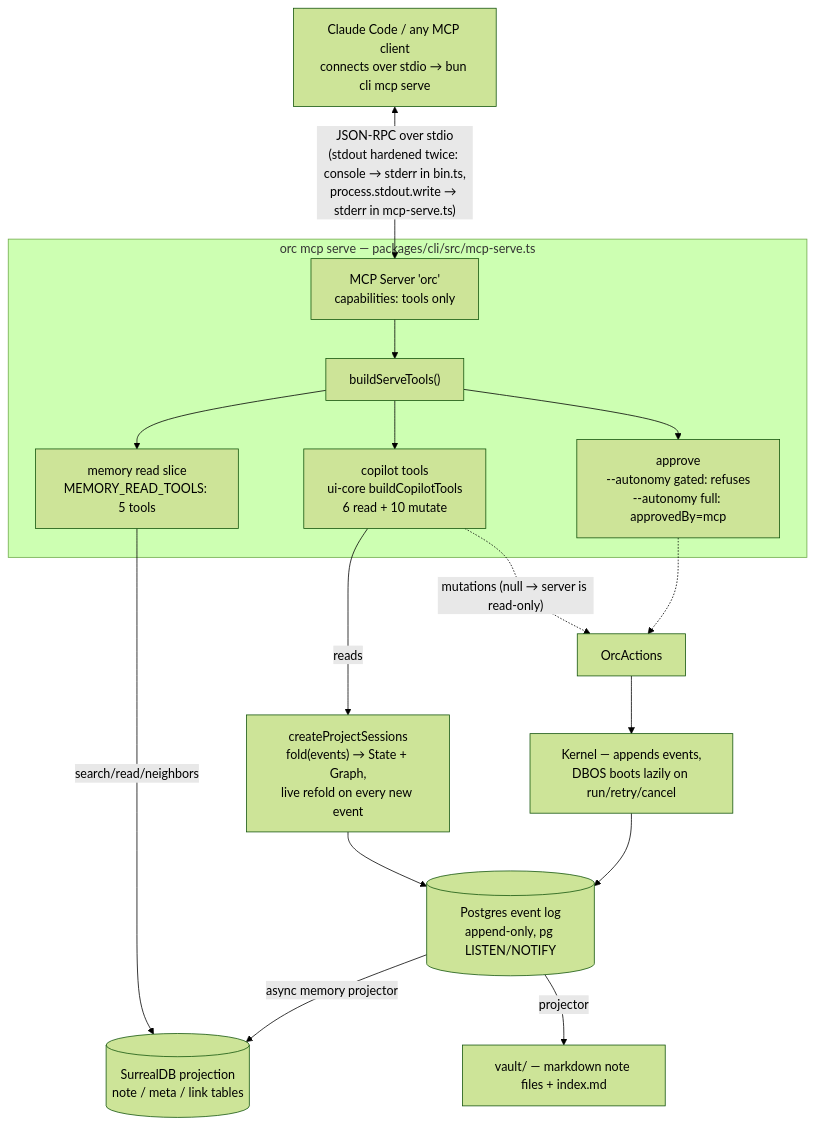
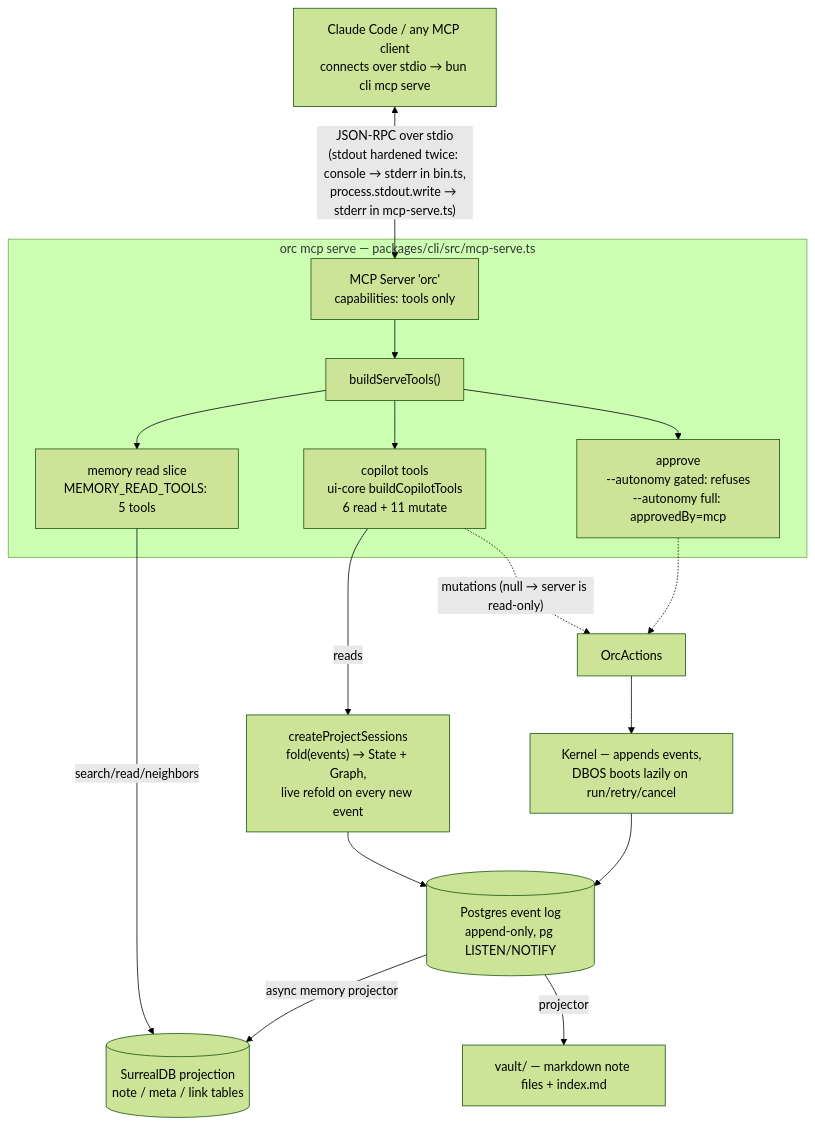
The first of 2 diagrams in docs/mcp-overview.md (fetttttjoe/ORC), drawn with Mermaid (forest theme) before and after one commit. The commit also changed other lines of this file and 96 other files, not shown here.

````diff
--- a/docs/mcp-overview.md
+++ b/docs/mcp-overview.md
@@ -7,25 +7,25 @@
 ```mermaid
 flowchart TB
     CC["Claude Code / any MCP client<br/>connects over stdio → bun cli mcp serve"]
     CC <-->|"JSON-RPC over stdio<br/>(stdout hardened twice: console → stderr in bin.ts,<br/>process.stdout.write → stderr in mcp-serve.ts)"| SRV
 
     subgraph serve["orc mcp serve — packages/cli/src/mcp-serve.ts"]
         SRV["MCP Server 'orc'<br/>capabilities: tools only"]
         SRV --> REG["buildServeTools()"]
-        REG --> COP["copilot tools<br/>ui-core buildCopilotTools<br/>6 read + 10 mutate"]
+        REG --> COP["copilot tools<br/>ui-core buildCopilotTools<br/>6 read + 11 mutate"]
         REG --> MEM["memory read slice<br/>MEMORY_READ_TOOLS: 5 tools"]
         REG --> APPR["approve<br/>--autonomy gated: refuses<br/>--autonomy full: approvedBy=mcp"]
     end
 
     COP -->|reads| SESS["createProjectSessions<br/>fold(events) → State + Graph,<br/>live refold on every new event"]
     COP -.->|"mutations (null → server is read-only)"| ACT["OrcActions"]
     APPR -.-> ACT
     ACT --> KERNEL["Kernel — appends events,<br/>DBOS boots lazily on run/retry/cancel"]
 
     SESS --> LOG[("Postgres event log<br/>append-only, pg LISTEN/NOTIFY")]
     KERNEL --> LOG
 
     MEM -->|search/read/neighbors| SUR[("SurrealDB projection<br/>note / meta / link tables")]
     LOG -->|"async memory projector"| SUR
     LOG -->|projector| VAULT["vault/ — markdown note files + index.md"]
 ```
````
